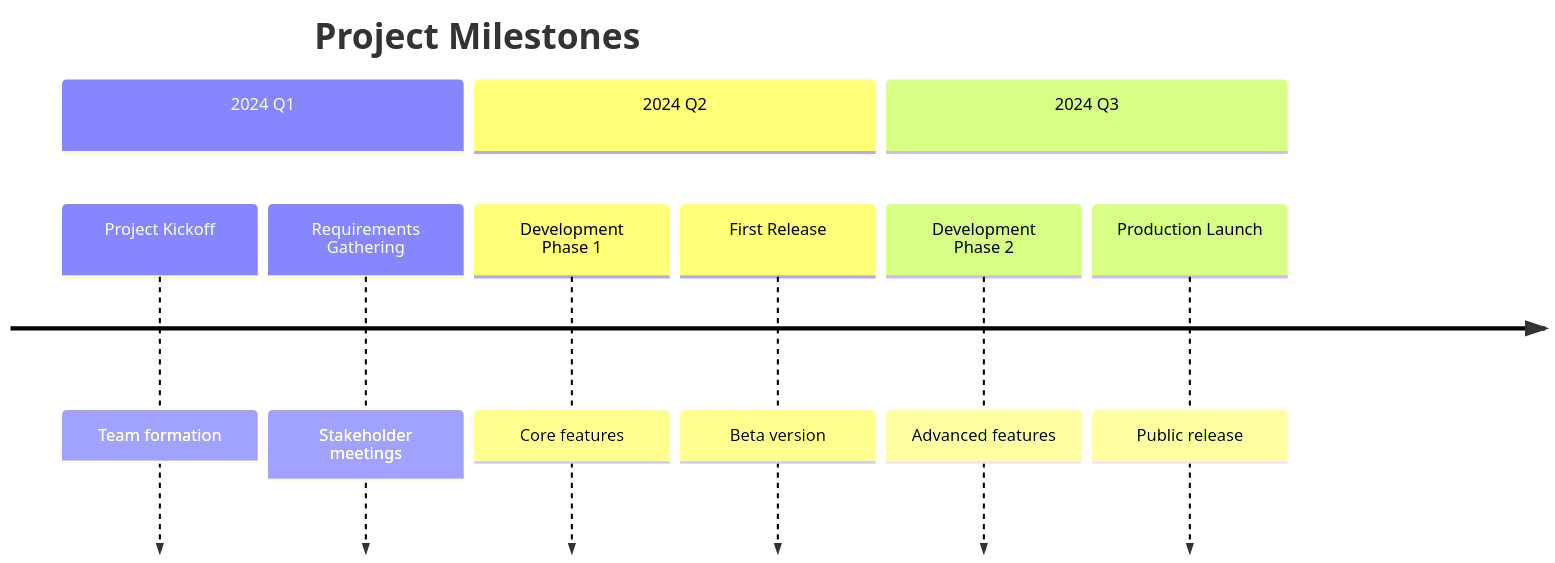
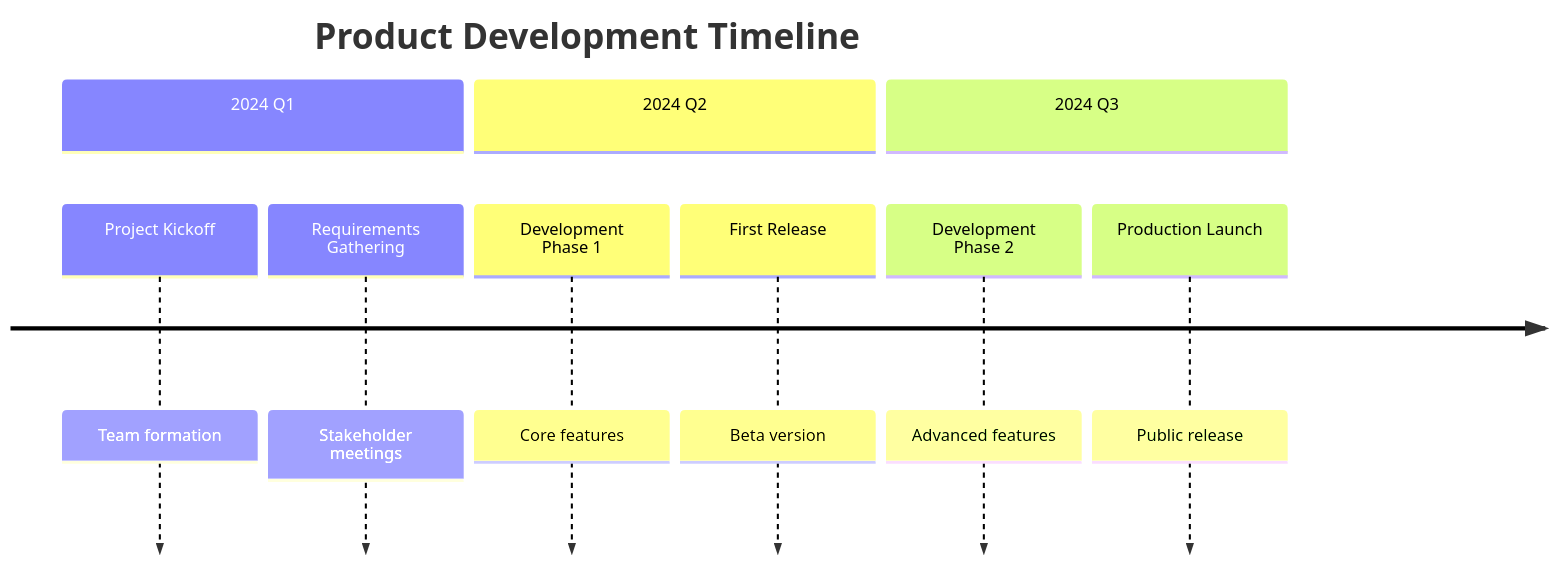
The second of 7 diagrams in skills/mermaid/examples/timeline.md (teachingai/full-stack-skills), drawn with Mermaid before and after one commit. The commit also changed other lines of this file and 29 other files, not shown here.

First line of the commit message:
docs(mermaid): 更新所有图表类型的文档示例和语法说明

````diff
--- a/skills/mermaid/examples/timeline.md
+++ b/skills/mermaid/examples/timeline.md
@@ -14,13 +30,13 @@
 ```mermaid
 timeline
-    title Project Milestones
+    title Product Development Timeline
     section 2024 Q1
         Project Kickoff : Team formation
         Requirements Gathering : Stakeholder meetings
     section 2024 Q2
         Development Phase 1 : Core features
         First Release : Beta version
     section 2024 Q3
         Development Phase 2 : Advanced features
         Production Launch : Public release
 ```
````
